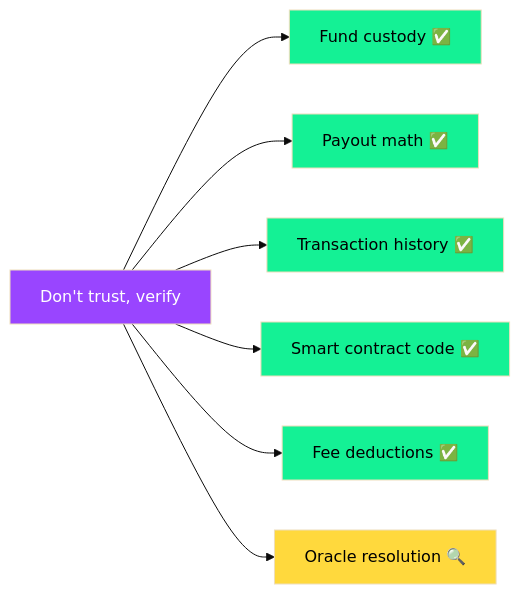
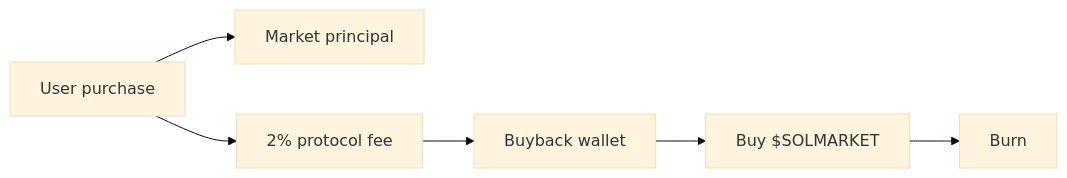
The diagram in security/transparency.mdx (SolMarketHub/docs), drawn with Mermaid (base theme) before and after one commit. The commit also changed other lines of this file and 18 other files, not shown here.

````diff
--- a/security/transparency.mdx
+++ b/security/transparency.mdx
@@ -106,16 +30,8 @@
 ```mermaid
 graph LR
-    A[Don't trust, verify] --> B[Fund custody ✅]
-    A --> C[Payout math ✅]
-    A --> D[Transaction history ✅]
-    A --> E[Smart contract code ✅]
-    A --> F[Fee deductions ✅]
-    A --> G[Oracle resolution 🔍]
-    style A fill:#9945FF,color:#fff
-    style B fill:#14F195,color:#000
-    style C fill:#14F195,color:#000
-    style D fill:#14F195,color:#000
-    style E fill:#14F195,color:#000
-    style F fill:#14F195,color:#000
-    style G fill:#FFD93D,color:#000
+    A[User purchase] --> B[Market principal]
+    A --> C[2% protocol fee]
+    C --> D[Buyback wallet]
+    D --> E[Buy $SOLMARKET]
+    E --> F[Burn]
 ```
````
